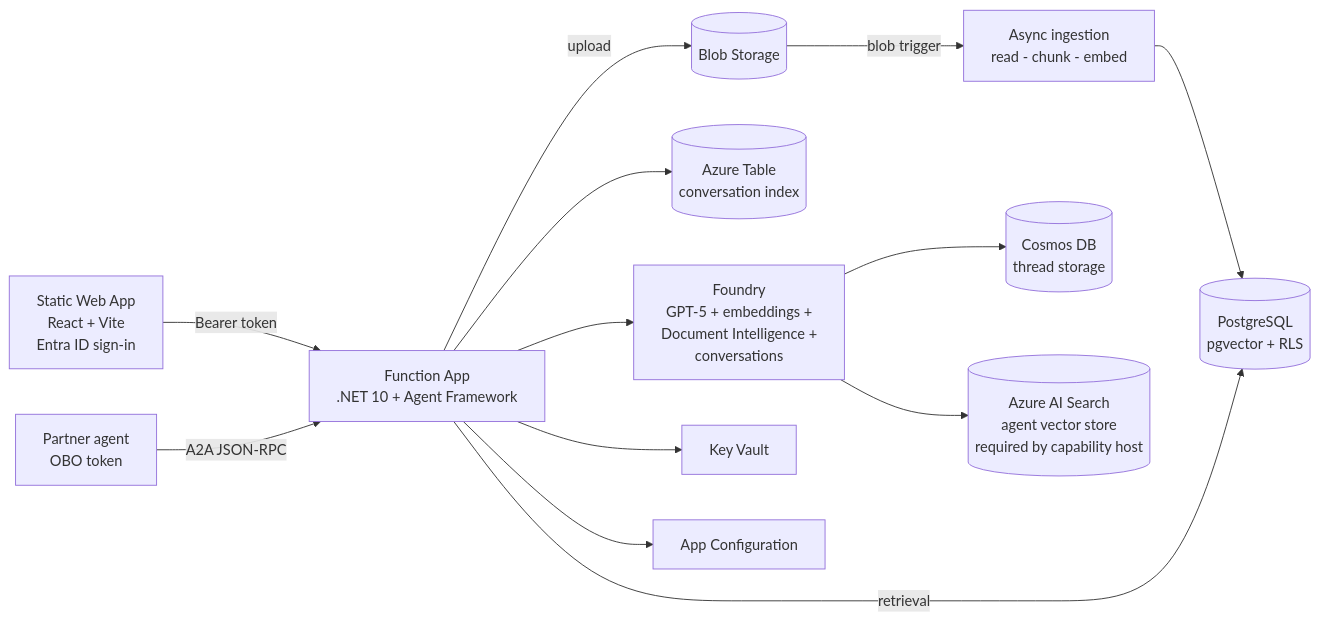
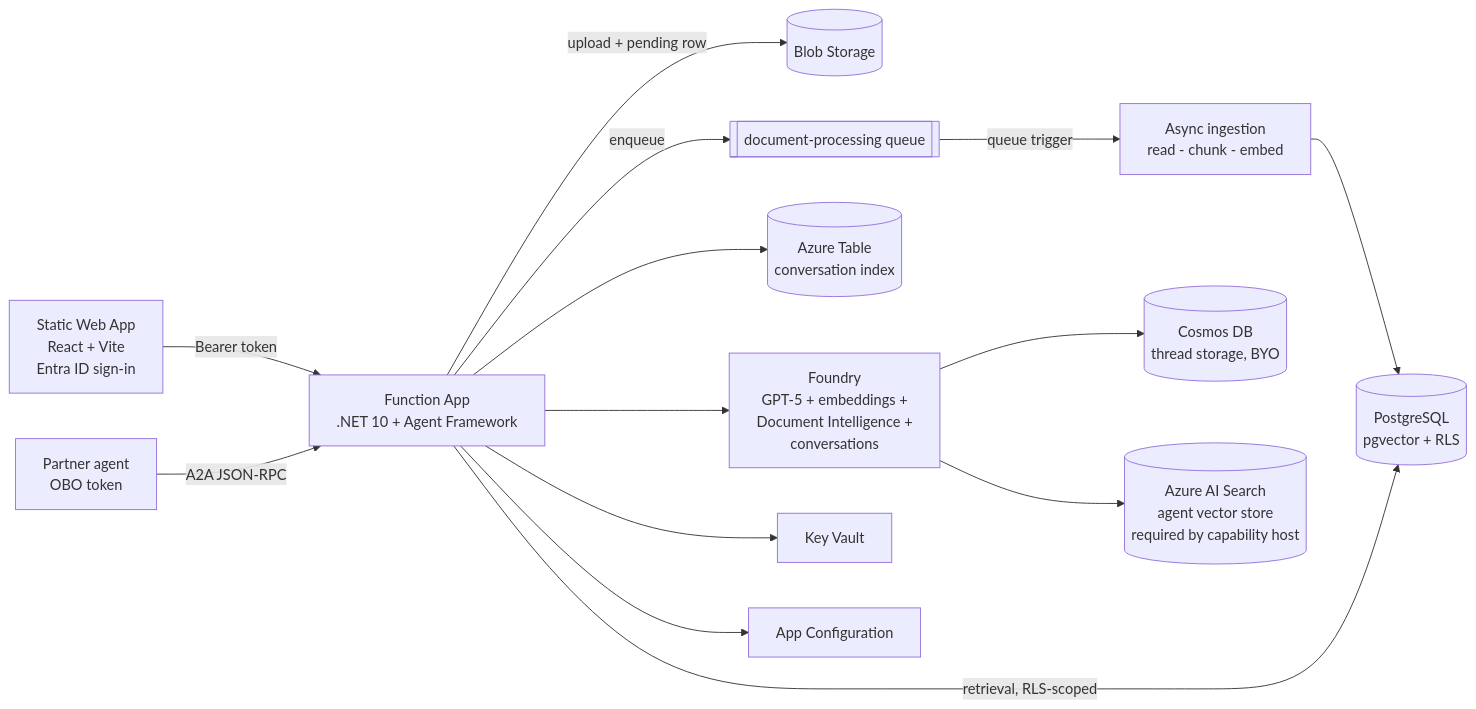
One commit to nampacx/cerebro changed the diagram in README.md. Above: the diagram before and after it, drawn with Mermaid. The commit also changed other lines of this file and 12 other files, not shown here.

````diff
--- a/README.md
+++ b/README.md
@@ -15,15 +30,16 @@
 ```mermaid
 flowchart LR
   SPA[Static Web App<br/>React + Vite<br/>Entra ID sign-in] -->|Bearer token| FN[Function App<br/>.NET 10 + Agent Framework]
   U[Partner agent<br/>OBO token] -->|A2A JSON-RPC| FN
-  FN -->|upload| BLOB[(Blob Storage)]
-  BLOB -->|blob trigger| PROC[Async ingestion<br/>read - chunk - embed]
+  FN -->|upload + pending row| BLOB[(Blob Storage)]
+  FN -->|enqueue| Q[[document-processing queue]]
+  Q -->|queue trigger| PROC[Async ingestion<br/>read - chunk - embed]
   PROC --> PG[(PostgreSQL<br/>pgvector + RLS)]
-  FN -->|retrieval| PG
+  FN -->|retrieval, RLS-scoped| PG
   FN --> TBL[(Azure Table<br/>conversation index)]
   FN --> AI[Foundry<br/>GPT-5 + embeddings +<br/>Document Intelligence +<br/>conversations]
-  AI --> COSMOS[(Cosmos DB<br/>thread storage)]
+  AI --> COSMOS[(Cosmos DB<br/>thread storage, BYO)]
   AI --> SRCH[(Azure AI Search<br/>agent vector store<br/>required by capability host)]
   FN --> KV[Key Vault]
   FN --> CFG[App Configuration]
 ```
````
